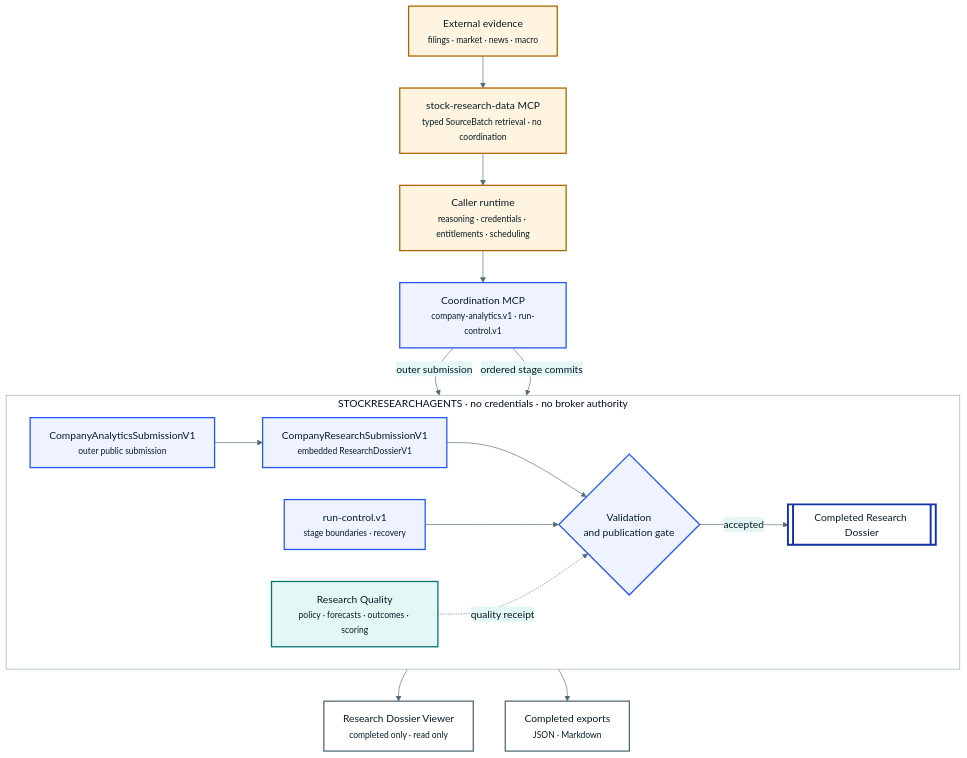
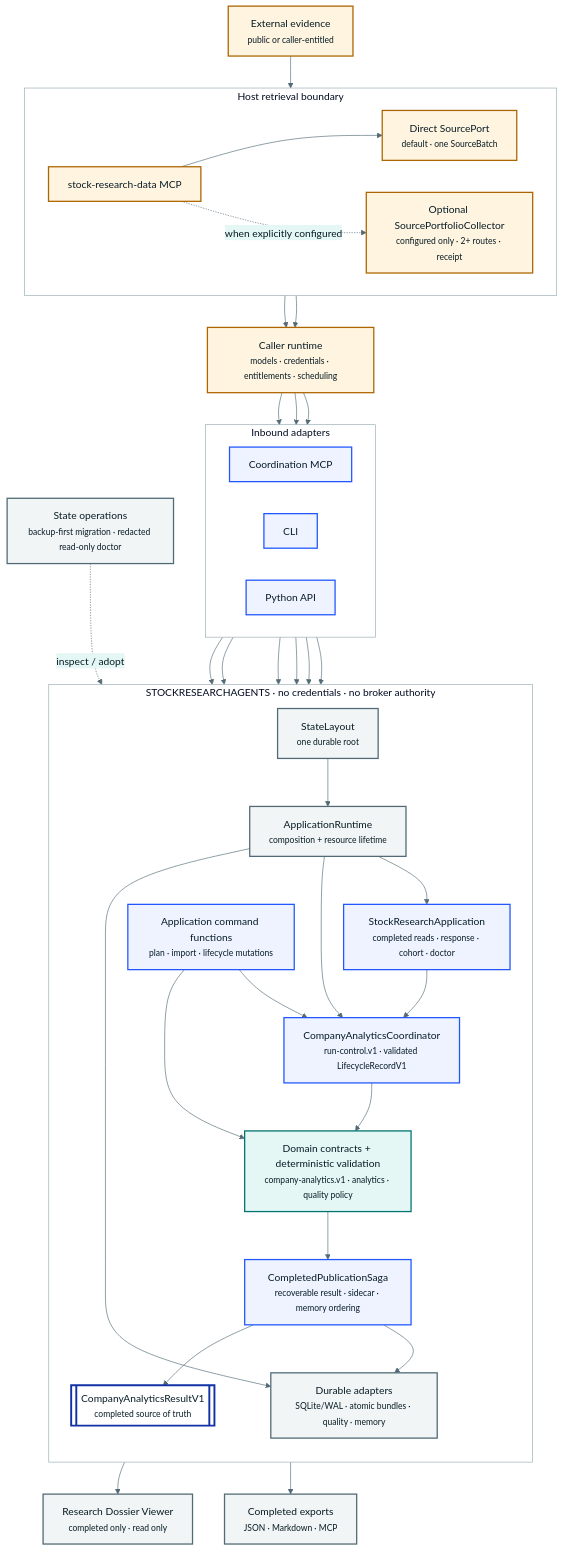
Before and after one commit to harshitagarwal2/StockResearchAgents: the diagram in docs/diagrams/system-context.mmd, drawn with Mermaid. The commit also changed 125 other files, not shown here.

```diff
--- a/docs/diagrams/system-context.mmd
+++ b/docs/diagrams/system-context.mmd
@@ -1,44 +1,78 @@
 %%{init: {"theme":"base","fontFamily":"Avenir Next, Segoe UI, sans-serif","themeVariables":{"fontFamily":"Avenir Next, Segoe UI, sans-serif","primaryColor":"#eef3ff","primaryTextColor":"#071c26","primaryBorderColor":"#2257ff","lineColor":"#516a75","secondaryColor":"#e5f7f5","tertiaryColor":"#fff4df","background":"#f5f8f9","clusterBkg":"#ffffff","clusterBorder":"#96aab2"},"flowchart":{"curve":"basis","htmlLabels":true}}}%%
 flowchart TB
-  accTitle: StockResearchAgents system context
-  accDescr: A caller runtime coordinates the public company-analytics.v1 profile through the coordination MCP and retrieves typed evidence through a separate stock-research-data MCP. StockResearchAgents validates the outer CompanyAnalyticsSubmissionV1, including its embedded CompanyResearchSubmissionV1 and ResearchDossierV1 foundation, before publishing CompanyAnalyticsResultV1 for projection-only viewers and exports.
+  accTitle: StockResearchAgents system context and authority boundaries
+  accDescr: A caller runtime owns models, credentials, retrieval, and scheduling. The separate research-data MCP returns a direct SourceBatch by default and an optional SourcePortfolioReceipt only when a portfolio collector is explicitly configured. CLI, Python, and coordination MCP adapters use StockResearchApplication for completed reads, responses, cohort evaluation, and diagnostics, while dedicated application command functions own plan, import, and lifecycle mutations. ApplicationRuntime composes the coordinator and durable stores from StateLayout, while domain-owned deterministic validation and CompletedPublicationSaga gate completed publication.
 
-  S["External evidence<br/><small>filings · market · news · macro</small>"]
-  H["Caller runtime<br/><small>reasoning · credentials · entitlements · scheduling</small>"]
-  DATA["stock-research-data MCP<br/><small>typed SourceBatch retrieval · no coordination</small>"]
-  COORD["Coordination MCP<br/><small>company-analytics.v1 · run-control.v1</small>"]
+  E["External evidence<br/><small>public or caller-entitled</small>"]
+  H["Caller runtime<br/><small>models · credentials · entitlements · scheduling</small>"]
 
-  subgraph P["STOCKRESEARCHAGENTS · no credentials · no broker authority"]
+  subgraph HOST["Host retrieval boundary"]
     direction LR
-    C["CompanyAnalyticsSubmissionV1<br/><small>outer public submission</small>"]
-    R["CompanyResearchSubmissionV1<br/><small>embedded ResearchDossierV1</small>"]
-    V{"Validation<br/>and publication gate"}
-    L["run-control.v1<br/><small>stage boundaries · recovery</small>"]
-    Q["Research Quality<br/><small>policy · forecasts · outcomes · scoring</small>"]
-    D[["Completed Research Dossier"]]
-    C --> R --> V
-    L --> V
-    Q -. quality receipt .-> V
-    V -->|accepted| D
+    DATA["stock-research-data MCP"]
+    DIRECT["Direct SourcePort<br/><small>default · one SourceBatch</small>"]
+    PORTFOLIO["Optional SourcePortfolioCollector<br/><small>configured only · 2+ routes · receipt</small>"]
+    DATA --> DIRECT
+    DATA -. when explicitly configured .-> PORTFOLIO
   end
 
-  U["Research Dossier Viewer<br/><small>completed only · read only</small>"]
-  X["Completed exports<br/><small>JSON · Markdown</small>"]
+  E --> DATA
+  DIRECT --> H
+  PORTFOLIO --> H
 
-  S --> DATA --> H
+  subgraph IN["Inbound adapters"]
+    direction LR
+    COORD["Coordination MCP"]
+    CLI["CLI"]
+    PY["Python API"]
+  end
   H --> COORD
-  COORD -->|outer submission| C
-  COORD -->|ordered stage commits| L
-  D --> U
-  D --> X
+  H --> CLI
+  H --> PY
+
+  subgraph CORE["STOCKRESEARCHAGENTS · no credentials · no broker authority"]
+    direction TB
+    APP["StockResearchApplication<br/><small>completed reads · response · cohort · doctor</small>"]
+    COMMANDS["Application command functions<br/><small>plan · import · lifecycle mutations</small>"]
+    RUNTIME["ApplicationRuntime<br/><small>composition + resource lifetime</small>"]
+    LAYOUT["StateLayout<br/><small>one durable root</small>"]
+    LIFE["CompanyAnalyticsCoordinator<br/><small>run-control.v1 · validated LifecycleRecordV1</small>"]
+    DOMAIN["Domain contracts + deterministic validation<br/><small>company-analytics.v1 · analytics · quality policy</small>"]
+    SAGA["CompletedPublicationSaga<br/><small>recoverable result · sidecar · memory ordering</small>"]
+    STORES["Durable adapters<br/><small>SQLite/WAL · atomic bundles · quality · memory</small>"]
+    DONE[["CompanyAnalyticsResultV1<br/><small>completed source of truth</small>"]]
+    LAYOUT --> RUNTIME
+    RUNTIME --> APP
+    RUNTIME --> LIFE
+    RUNTIME --> STORES
+    APP --> LIFE
+    COMMANDS --> LIFE
+    COMMANDS --> DOMAIN
+    LIFE --> DOMAIN --> SAGA
+    SAGA --> STORES
+    SAGA --> DONE
+  end
+
+  COORD --> APP
+  COORD --> COMMANDS
+  CLI --> APP
+  CLI --> COMMANDS
+  PY --> APP
+  PY --> COMMANDS
+
+  OPS["State operations<br/><small>backup-first migration · redacted read-only doctor</small>"]
+  OPS -. inspect / adopt .-> LAYOUT
+
+  DONE --> U["Research Dossier Viewer<br/><small>completed only · read only</small>"]
+  DONE --> X["Completed exports<br/><small>JSON · Markdown · MCP</small>"]
 
   classDef host fill:#fff4df,stroke:#ad6500,color:#071c26,stroke-width:2px;
-  classDef port fill:#eef3ff,stroke:#2257ff,color:#071c26,stroke-width:2px;
-  classDef quality fill:#e5f7f5,stroke:#00746e,color:#071c26,stroke-width:2px;
+  classDef adapter fill:#eef3ff,stroke:#2257ff,color:#071c26,stroke-width:2px;
+  classDef domain fill:#e5f7f5,stroke:#00746e,color:#071c26,stroke-width:2px;
+  classDef state fill:#f2f5f6,stroke:#516a75,color:#071c26,stroke-width:2px;
   classDef artifact fill:#ffffff,stroke:#1231a6,color:#071c26,stroke-width:3px;
-  classDef view fill:#ffffff,stroke:#516a75,color:#071c26,stroke-width:2px;
-  class S,H,DATA host;
-  class COORD,C,R,L,V port;
-  class Q quality;
-  class D artifact;
-  class U,X view;
+  class E,H,DATA,DIRECT,PORTFOLIO host;
+  class COORD,CLI,PY,APP,COMMANDS,LIFE,SAGA adapter;
+  class DOMAIN domain;
+  class RUNTIME,LAYOUT,STORES,OPS state;
+  class DONE artifact;
+  class U,X state;
```
